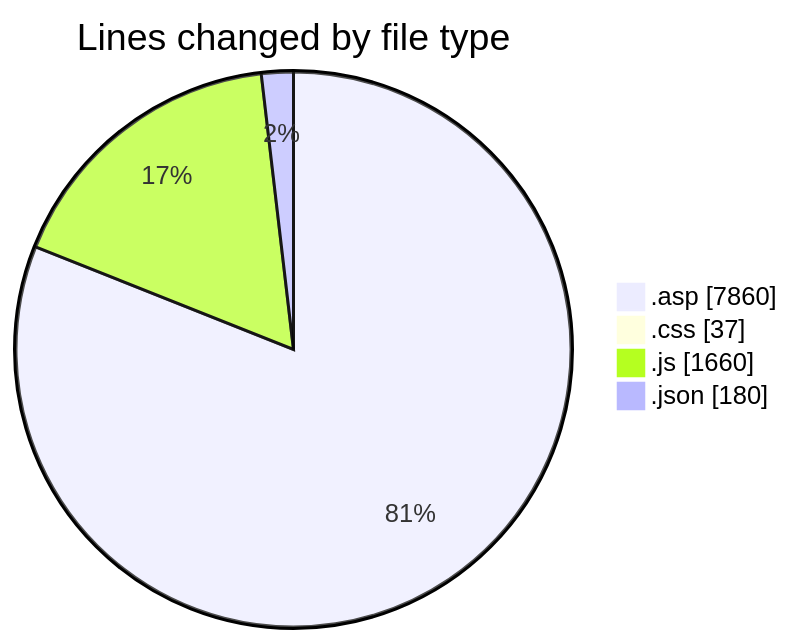
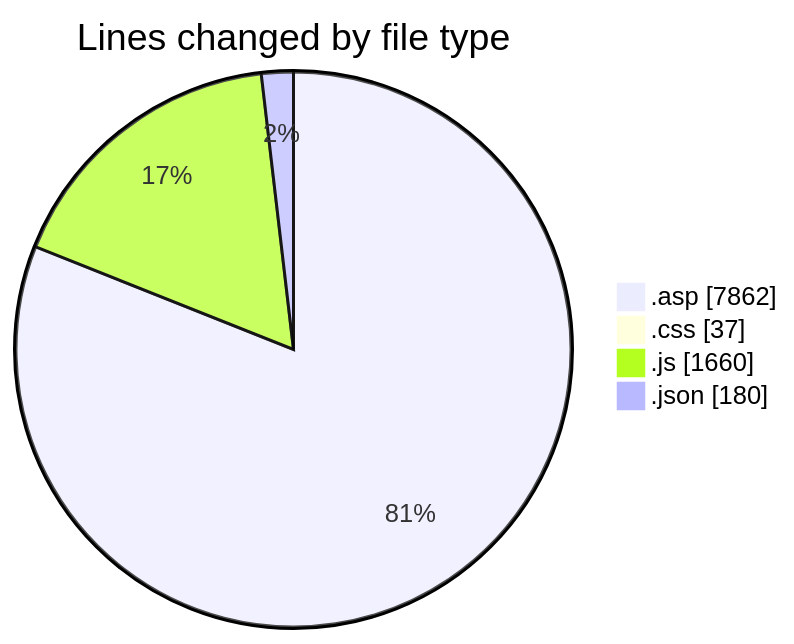
The first of 2 diagrams in 2025-11-02/cdp_aleoudev_fr__workspace_/README.md (julien-gomy/code-tracking), drawn with Mermaid before and after one commit. The commit also changed other lines of this file and 1 other file, not shown here.

````diff
--- a/2025-11-02/cdp_aleoudev_fr__workspace_/README.md
+++ b/2025-11-02/cdp_aleoudev_fr__workspace_/README.md
@@ -28,8 +28,8 @@
 ```mermaid
 pie showData
 title Lines changed by file type
-".asp" : 7860
+".asp" : 7862
 ".css" : 37
 ".js" : 1660
 ".json" : 180
 ```
````
